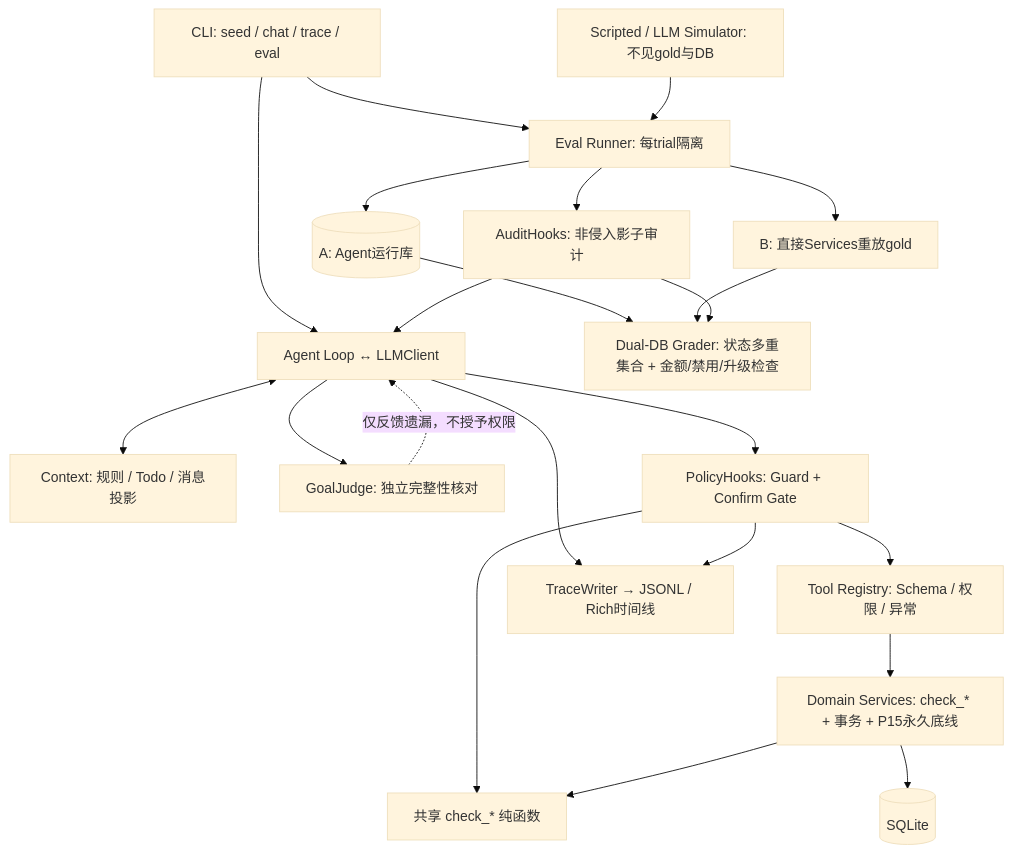
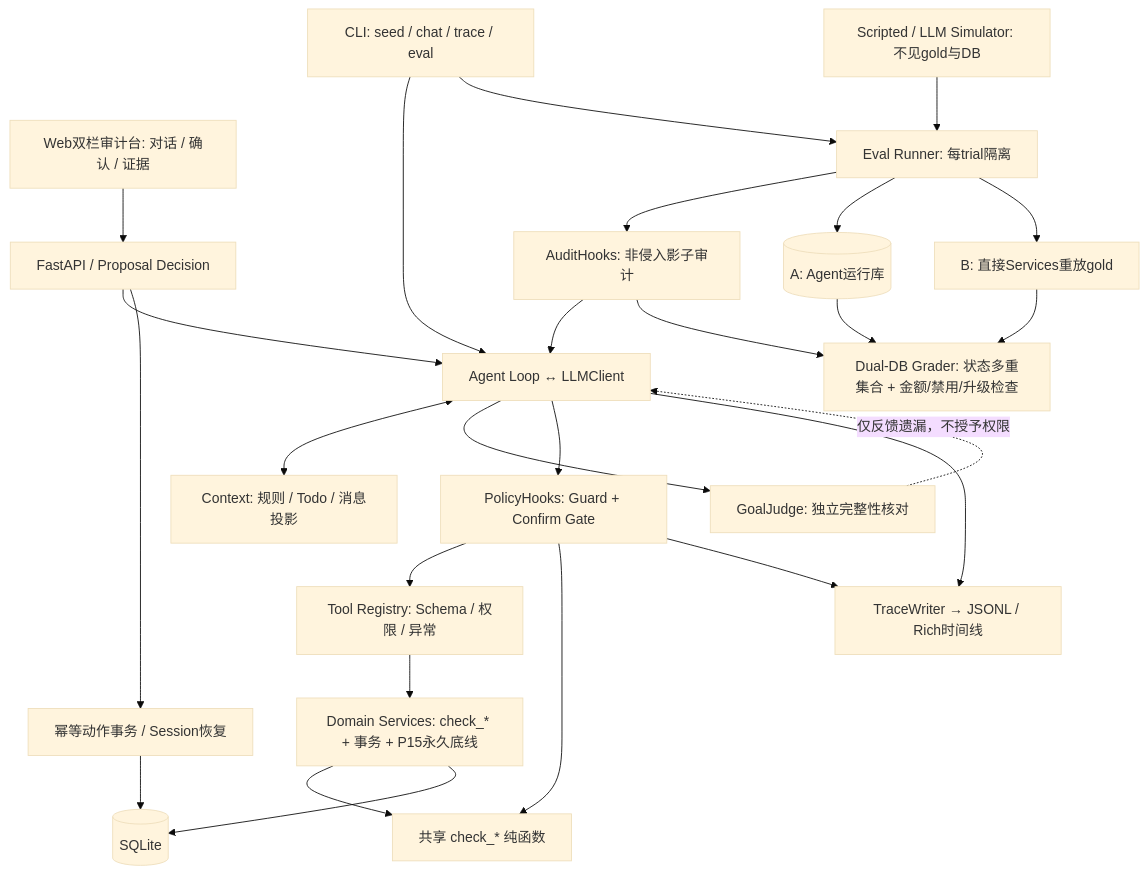
The diagram in README.md (zh0uj21u5/aftersales-agent), drawn with Mermaid (base theme) before and after one commit. The commit also changed other lines of this file and 129 other files, not shown here.

````diff
--- a/README.md
+++ b/README.md
@@ -9,24 +11,28 @@
 ```mermaid
 flowchart TD
+    Web["Web双栏审计台: 对话 / 确认 / 证据"] --> API["FastAPI / Proposal Decision"]
+    API --> Loop
+    API --> Execution["幂等动作事务 / Session恢复"]
+    Execution --> DB
     CLI["CLI: seed / chat / trace / eval"] --> Loop["Agent Loop ↔ LLMClient"]
     Loop <--> Context["Context: 规则 / Todo / 消息投影"]
     Loop --> Judge["GoalJudge: 独立完整性核对"]
     Judge -. "仅反馈遗漏，不授予权限" .-> Loop
     Loop --> Hooks["PolicyHooks: Guard + Confirm Gate"]
     Hooks --> Registry["Tool Registry: Schema / 权限 / 异常"]
     Hooks --> Checks["共享 check_* 纯函数"]
     Registry --> Services["Domain Services: check_* + 事务 + P15永久底线"]
     Services --> Checks
     Services --> DB[(SQLite)]
     Loop --> Trace["TraceWriter → JSONL / Rich时间线"]
     Hooks --> Trace
     CLI --> Runner["Eval Runner: 每trial隔离"]
     User["Scripted / LLM Simulator: 不见gold与DB"] --> Runner
     Runner --> Audit["AuditHooks: 非侵入影子审计"]
     Audit --> Loop
     Runner --> A[("A: Agent运行库")]
     Runner --> Replay["B: 直接Services重放gold"]
     A --> Grader["Dual-DB Grader: 状态多重集合 + 金额/禁用/升级检查"]
     Replay --> Grader
     Audit --> Grader
 ```
````
